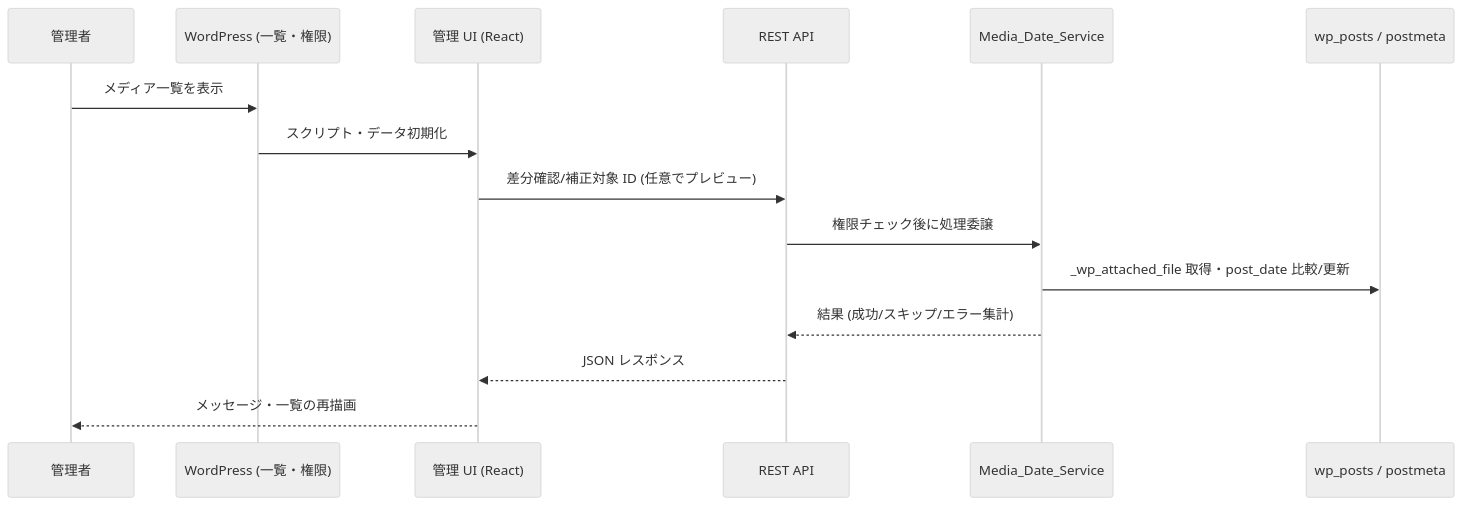
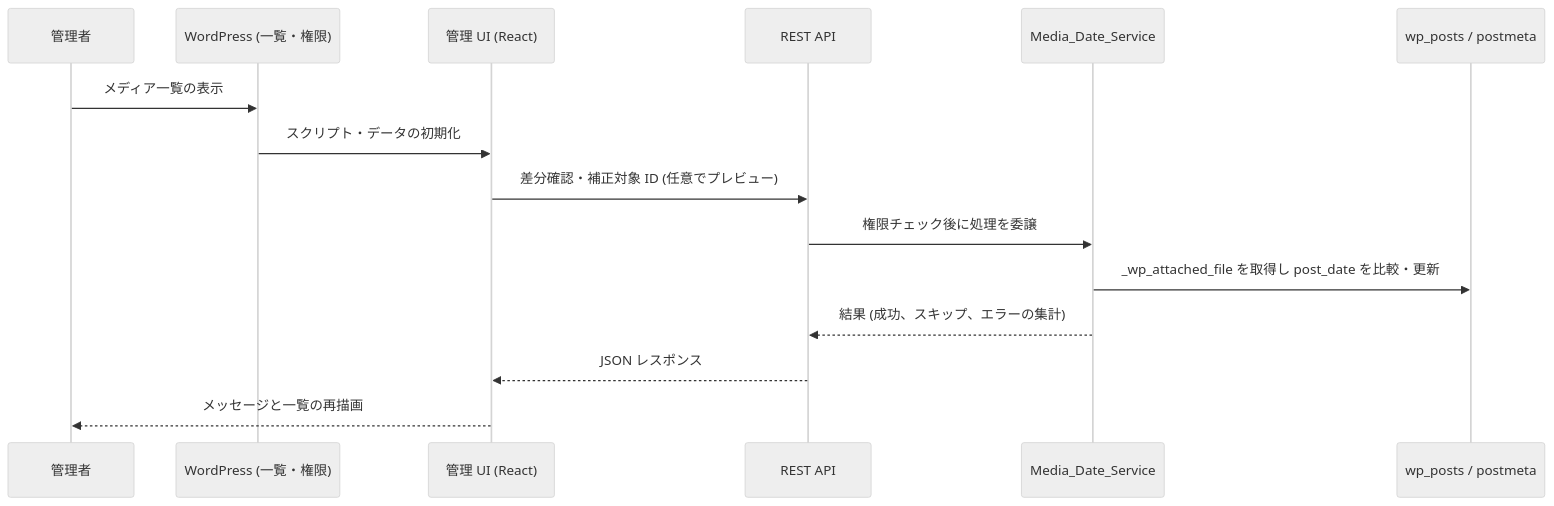
The fourth of 4 diagrams in docs/architecture.md (stein2nd/s2j-media-library-date-corrector), drawn with Mermaid (neutral theme) before and after one commit. The commit also changed other lines of this file, not shown here.

````diff
--- a/docs/architecture.md
+++ b/docs/architecture.md
@@ -415,18 +533,18 @@
 ```mermaid
 sequenceDiagram
   participant User as 管理者
   participant WP as WordPress (一覧・権限)
   participant UI as 管理 UI (React)
   participant REST as REST API
   participant Svc as Media_Date_Service
   participant DB as wp_posts / postmeta
 
-  User->>WP: メディア一覧を表示
-  WP->>UI: スクリプト・データ初期化
-  UI->>REST: 差分確認/補正対象 ID (任意でプレビュー)
-  REST->>Svc: 権限チェック後に処理委譲
-  Svc->>DB: _wp_attached_file 取得・post_date 比較/更新
-  Svc-->>REST: 結果 (成功/スキップ/エラー集計)
+  User->>WP: メディア一覧の表示
+  WP->>UI: スクリプト・データの初期化
+  UI->>REST: 差分確認・補正対象 ID (任意でプレビュー)
+  REST->>Svc: 権限チェック後に処理を委譲
+  Svc->>DB: _wp_attached_file を取得し post_date を比較・更新
+  Svc-->>REST: 結果 (成功、スキップ、エラーの集計)
   REST-->>UI: JSON レスポンス
-  UI-->>User: メッセージ・一覧の再描画
+  UI-->>User: メッセージと一覧の再描画
 ```
````
